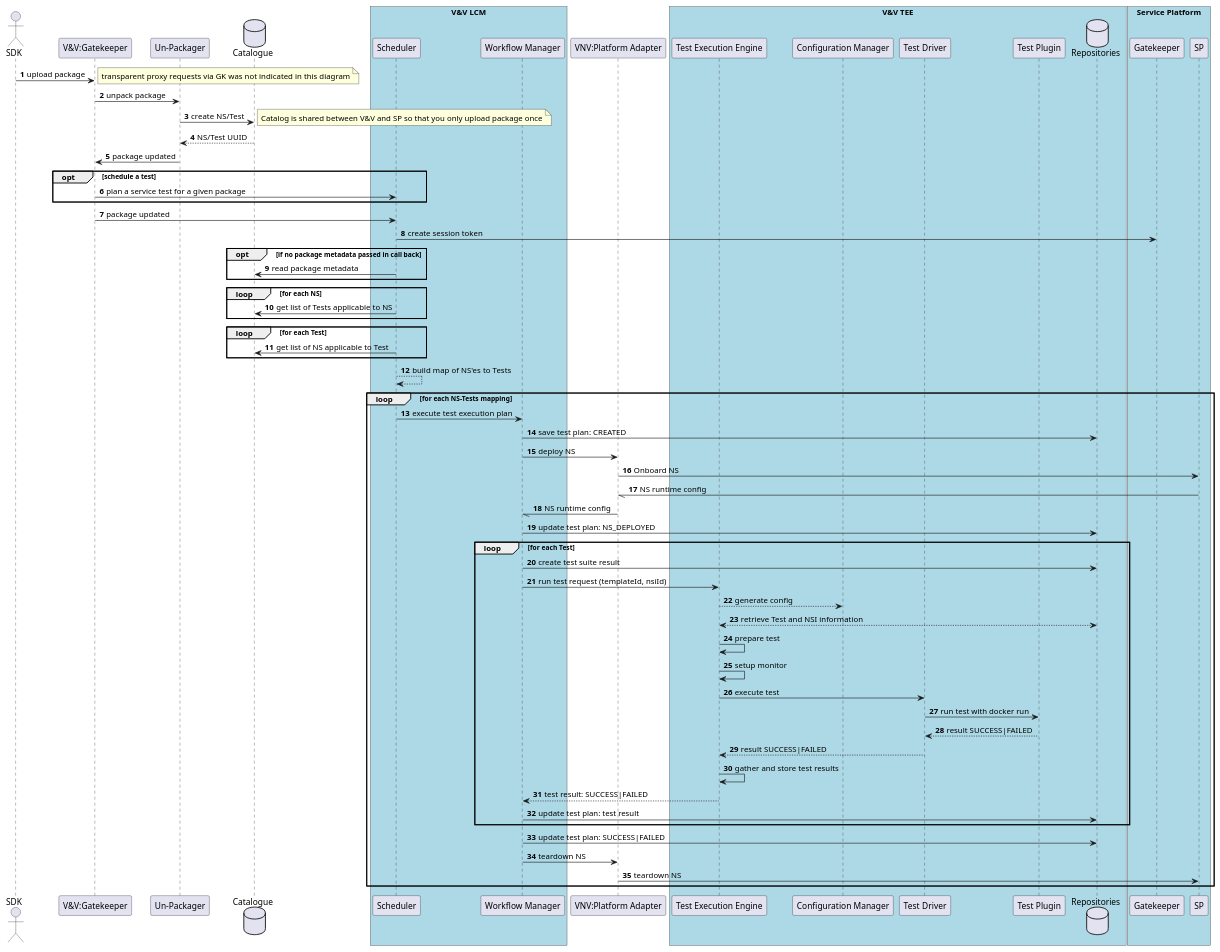
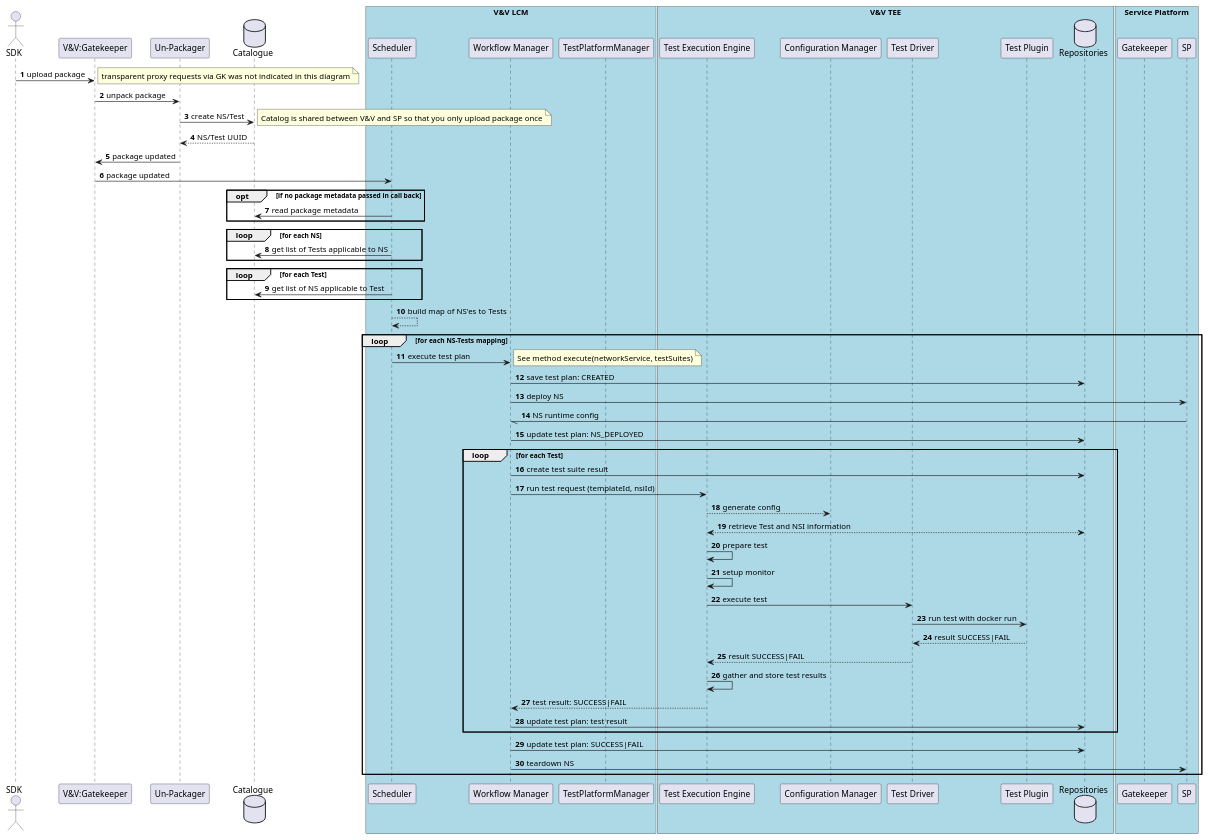
Before and after one commit to sonata-nfv/tng-vnv-lcm: the diagram in src/docs/developer-guide/extensions/overview/vnv_workflow_sequence_current.adoc, drawn with PlantUML. The commit also changed 1 other file, not shown here.

Commit message:
Updates to Current and Future Sequence Diagrams

```diff
--- a/src/docs/developer-guide/extensions/overview/vnv_workflow_sequence_current.adoc
+++ b/src/docs/developer-guide/extensions/overview/vnv_workflow_sequence_current.adoc
@@ -13,10 +13,11 @@
 box "V&V LCM" #LightBlue
     participant "Scheduler" as Scheduler
     participant "Workflow Manager" as WFMGR
+    participant "TestPlatformManager" as TPMGR
 '     database "Local Catalogue" as LOCAT
 '     todo we need to add the flows around the LOCAT above
 end box
-    participant "VNV:Platform Adapter" as PA
+
 box "V&V TEE" #LightBlue
     participant "Test Execution Engine" as TEE
     participant "Configuration Manager" as TEECM
@@ -27,7 +28,7 @@
 
 box "Service Platform" #LightBlue
     participant "Gatekeeper" as GKofSP
-    participant "SP" as TPM
+    participant "SP" as SP
 end box
 
 SDK -> GKofVNV : upload package
@@ -38,12 +39,7 @@
 CAT --> PKG : NS/Test UUID
 PKG -> GKofVNV : package updated
 
-opt schedule a test
-    'Scheduler.schedule(PackageMetadata packageMetadata)
-    GKofVNV -> Scheduler : plan a service test for a given package
-end
 GKofVNV -> Scheduler : package updated
-Scheduler -> GKofSP : create session token
 opt if no package metadata passed in call back
     'Scheduler.discoverAssociatedNssAndTests(PackageMetadata packageMetadata)
     Scheduler -> CAT : read package metadata
@@ -58,12 +54,11 @@
 
 
 loop for each NS-Tests mapping
-        Scheduler -> WFMGR : execute test execution plan
+        Scheduler -> WFMGR : execute test plan
+note right : See method execute(networkService, testSuites)
         WFMGR -> TRR : save test plan: CREATED
-        WFMGR -> PA : deploy NS
-        PA -> TPM : Onboard NS
-        PA \\- TPM : NS runtime config
-        WFMGR \\- PA : NS runtime config
+        WFMGR -> SP : deploy NS
+        WFMGR \\- SP : NS runtime config
         WFMGR -> TRR : update test plan: NS_DEPLOYED
         loop for each Test
               WFMGR -> TRR : create test suite result
@@ -74,15 +69,14 @@
               TEE -> TEE : setup monitor
               TEE -> TEETD : execute test
               TEETD -> TEETP : run test with docker run
-              TEETD <-- TEETP : result SUCCESS|FAILED
-              TEETD --> TEE : result SUCCESS|FAILED
+              TEETD <-- TEETP : result SUCCESS|FAIL
+              TEETD --> TEE : result SUCCESS|FAIL
               TEE -> TEE : gather and store test results
-              TEE --> WFMGR : test result: SUCCESS|FAILED
+              TEE --> WFMGR : test result: SUCCESS|FAIL
               WFMGR -> TRR : update test plan: test result
         end
-        WFMGR -> TRR : update test plan: SUCCESS|FAILED
-        WFMGR -> PA : teardown NS
-        PA -> TPM : teardown NS
+        WFMGR -> TRR : update test plan: SUCCESS|FAIL
+        WFMGR -> SP : teardown NS
 end
 
 @enduml
```
